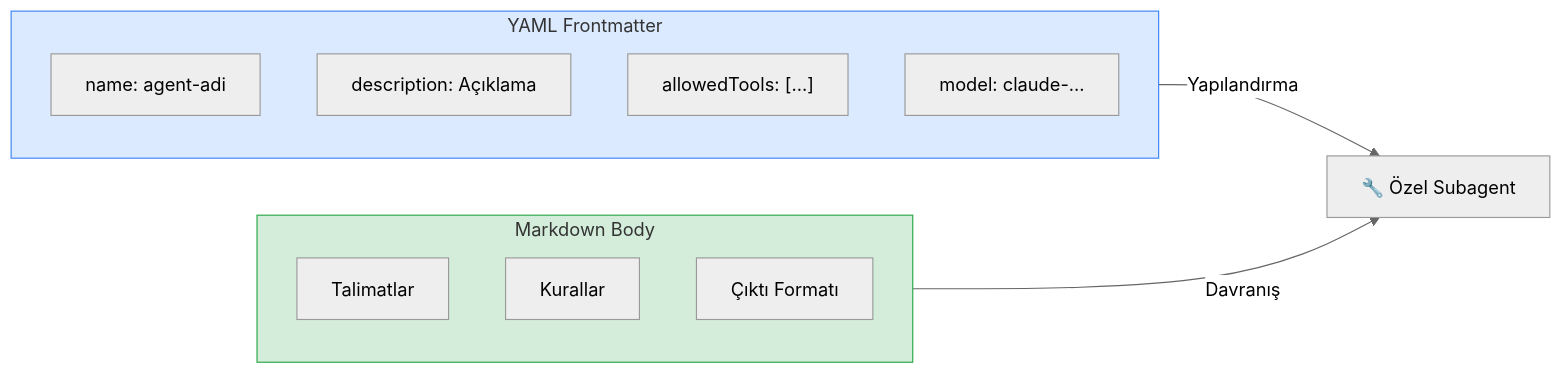
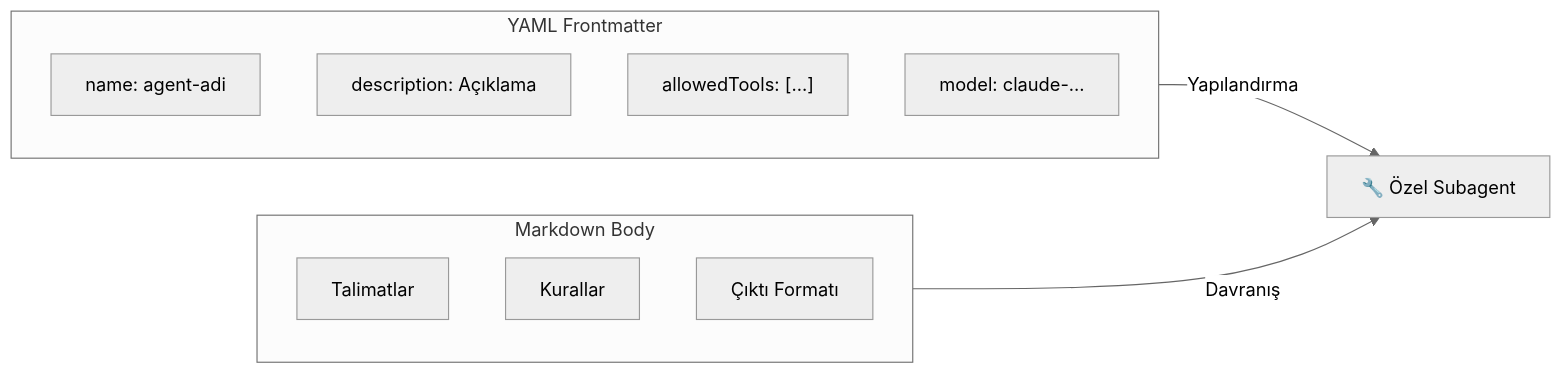
One commit to IzzetYasinAtes/ClaudeCodeHandbook changed the second of 5 diagrams in 13-subagentlar-ve-agent-takimlari/03-ozel-subagent-olusturma.md. Above: the diagram before and after it, drawn with Mermaid (neutral theme). The commit also changed other lines of this file and 97 other files, not shown here.

Commit message:
Remove all custom Mermaid style/fill colors from 98 markdown files for consistent dark theme rendering

````diff
--- a/13-subagentlar-ve-agent-takimlari/03-ozel-subagent-olusturma.md
+++ b/13-subagentlar-ve-agent-takimlari/03-ozel-subagent-olusturma.md
@@ -94,23 +88,21 @@
 ```mermaid
 flowchart LR
     subgraph frontmatter ["YAML Frontmatter"]
         direction TB
         N["name: agent-adi"]
         D["description: Açıklama"]
         T["allowedTools: [...]"]
         M["model: claude-..."]
     end
 
     subgraph body ["Markdown Body"]
         direction TB
         I["Talimatlar"]
         R["Kurallar"]
         F["Çıktı Formatı"]
     end
 
     frontmatter --> |"Yapılandırma"| AGENT["🔧 Özel Subagent"]
     body --> |"Davranış"| AGENT
 
-    style frontmatter fill:#dbeafe,stroke:#3b82f6
-    style body fill:#d4edda,stroke:#28a745
 ```
````
